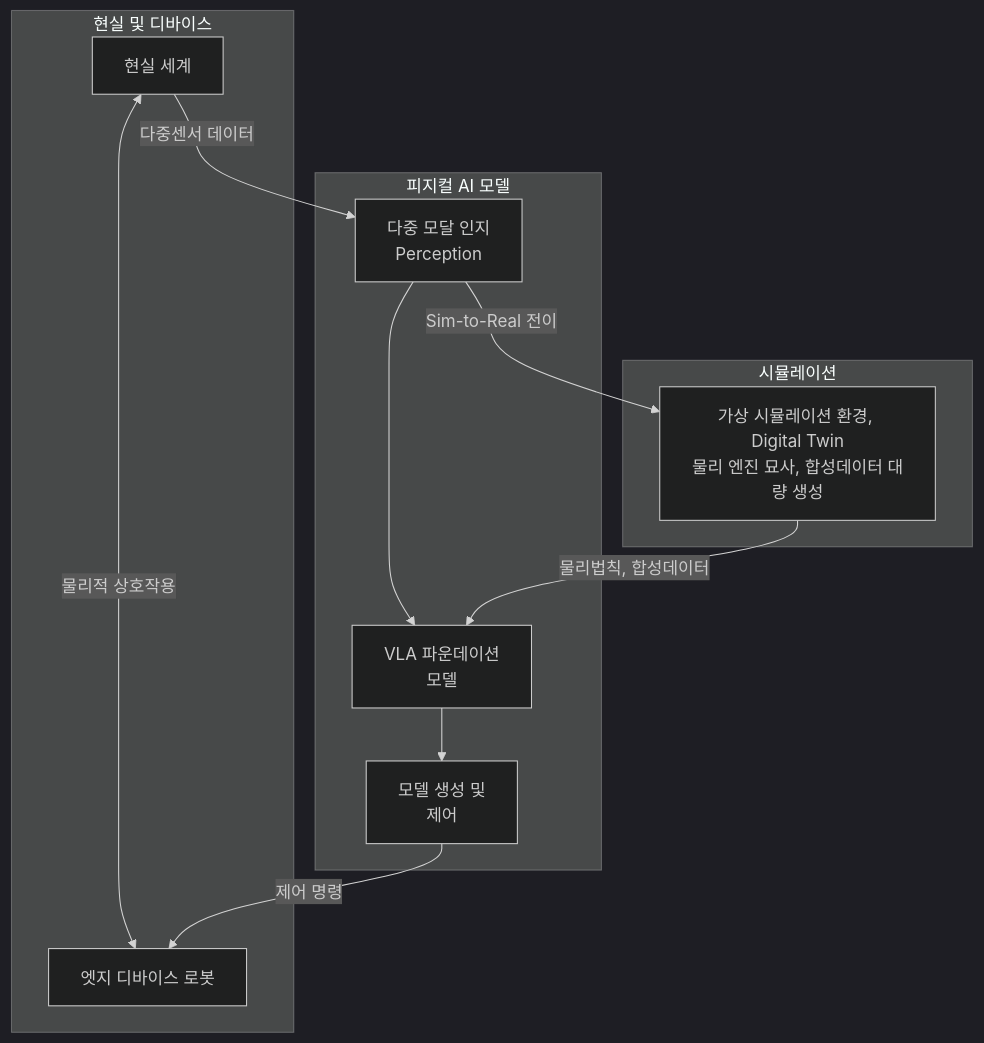
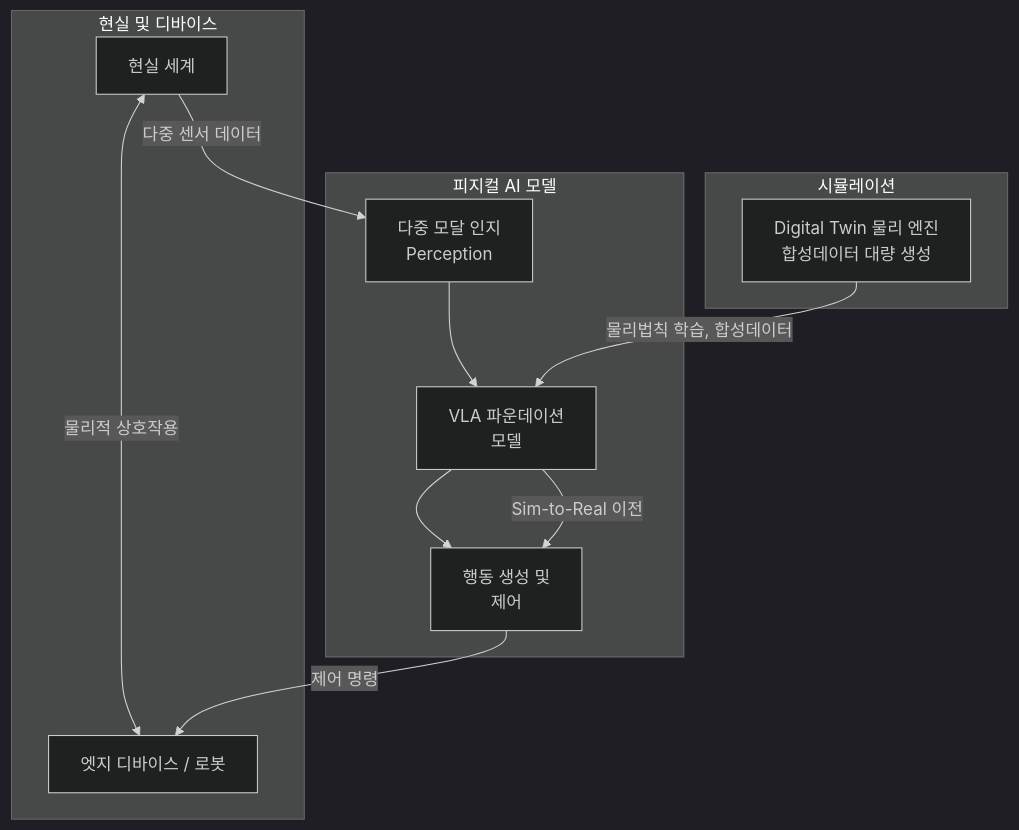
The diagram in content/01_IT Tech/Physical AI.md (supremethumb/supremethumb.github.io), drawn with Mermaid (dark theme) before and after one commit. The commit also changed other lines of this file and 1087 other files, not shown here.

````diff
--- a/content/01_IT Tech/Physical AI.md
+++ b/content/01_IT Tech/Physical AI.md
@@ -25,20 +29,16 @@
 ```mermaid
 graph TD
-    subgraph 현실 및 디바이스
-        A[현실 세계] <-->|물리적 상호작용| B[엣지 디바이스 로봇]
+    subgraph Device["현실 및 디바이스"]
+        A[현실 세계] <-->|물리적 상호작용| B[엣지 디바이스 / 로봇]
     end
-    
-    subgraph 피지컬 AI 모델
-        C[다중 모달 인지<br>Perception] --> D[VLA 파운데이션<br>모델] --> E[모델 생성 및<br>제어]
+    subgraph Model["피지컬 AI 모델"]
+        C["다중 모달 인지<br>Perception"] --> D["VLA 파운데이션<br>모델"] --> E["행동 생성 및<br>제어"]
     end
-    
-    subgraph 시뮬레이션
-        F[가상 시뮬레이션 환경, Digital Twin<br>물리 엔진 묘사, 합성데이터 대량 생성]
+    subgraph Sim["시뮬레이션"]
+        F["Digital Twin 물리 엔진<br>합성데이터 대량 생성"]
     end
-    
-    A -->|다중센서 데이터| C
+    A -->|다중 센서 데이터| C
     E -->|제어 명령| B
-    
-    C -->|Sim-to-Real 전이| F
-    F -->|물리법칙, 합성데이터| D
+    F -->|물리법칙 학습, 합성데이터| D
+    D -->|Sim-to-Real 이전| E
 ```
````
